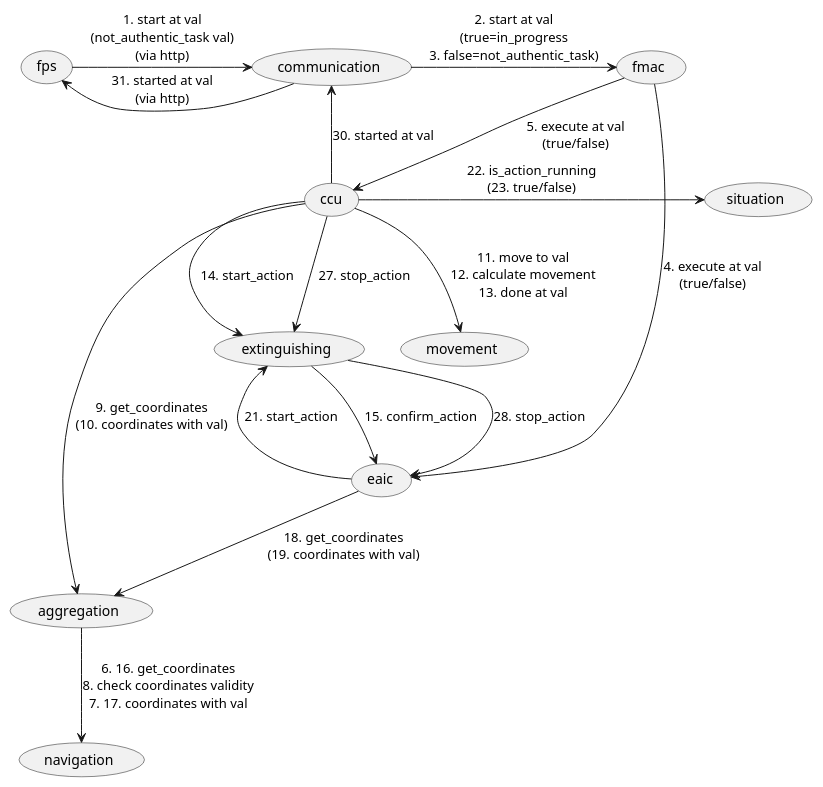
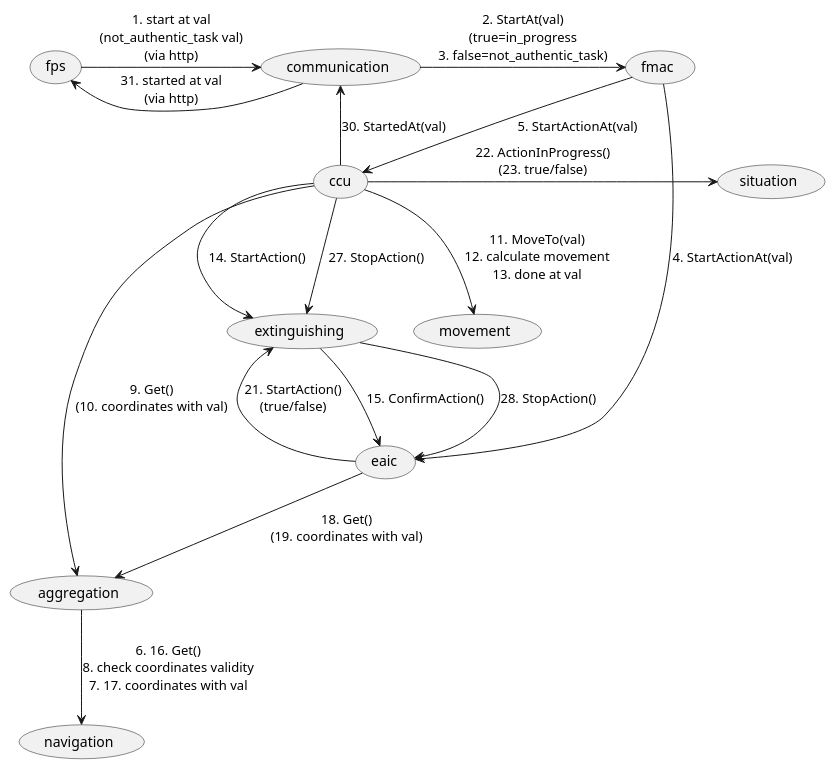
One commit to sergey-sobolev/cyberimmune-systems-prototypes-FireFighter-drone-kos changed the diagram in docs/dev.md. Above: the diagram before and after it, drawn with PlantUML. The commit also changed other lines of this file, not shown here.

Commit message:
docs: components interconnection scheme has been updated

````diff
--- a/docs/dev.md
+++ b/docs/dev.md
@@ -36,20 +36,20 @@
 ```plantuml:md-interconnection
 @startuml
 (fps) -> (communication) : 1. start at val\n(not_authentic_task val)\n(via http)
-communication -> (fmac) : 2. start at val\n(true=in_progress\n3. false=not_authentic_task)
+communication -> (fmac) : 2. StartAt(val)\n(true=in_progress\n3. false=not_authentic_task)
 communication -> (fps) : 31. started at val\n(via http)
-fmac --> (eaic) : 4. execute at val\n(true/false)
-fmac --> (ccu) : 5. execute at val\n(true/false)
-eaic --> (aggregation) : 18. get_coordinates\n(19. coordinates with val)
-eaic --> (extinguishing) : 21. start_action
-ccu --> (aggregation) : 9. get_coordinates\n(10. coordinates with val)
-ccu --> (movement) : 11. move to val\n12. calculate movement\n13. done at val
-ccu --> (extinguishing) : 14. start_action
-ccu -> (extinguishing) : 27. stop_action
-ccu -> (situation) : 22. is_action_running\n(23. true/false)
-ccu -> (communication) : 30. started at val
-aggregation --> (navigation) : 6. 16. get_coordinates\n8. check coordinates validity\n7. 17. coordinates with val
-extinguishing --> (eaic) : 15. confirm_action
-extinguishing --> (eaic) : 28. stop_action
+fmac --> (eaic) : 4. StartActionAt(val)
+fmac --> (ccu) : 5. StartActionAt(val)
+eaic --> (aggregation) : 18. Get()\n(19. coordinates with val)
+eaic --> (extinguishing) : 21. StartAction()\n(true/false)
+ccu --> (aggregation) : 9. Get()\n(10. coordinates with val)
+ccu --> (movement) : 11. MoveTo(val)\n12. calculate movement\n13. done at val
+ccu --> (extinguishing) : 14. StartAction()
+ccu -> (extinguishing) : 27. StopAction()
+ccu -> (situation) : 22. ActionInProgress()\n(23. true/false)
+ccu -> (communication) : 30. StartedAt(val)
+aggregation --> (navigation) : 6. 16. Get()\n8. check coordinates validity\n7. 17. coordinates with val
+extinguishing --> (eaic) : 15. ConfirmAction()
+extinguishing --> (eaic) : 28. StopAction()
 @enduml
 ```
````
